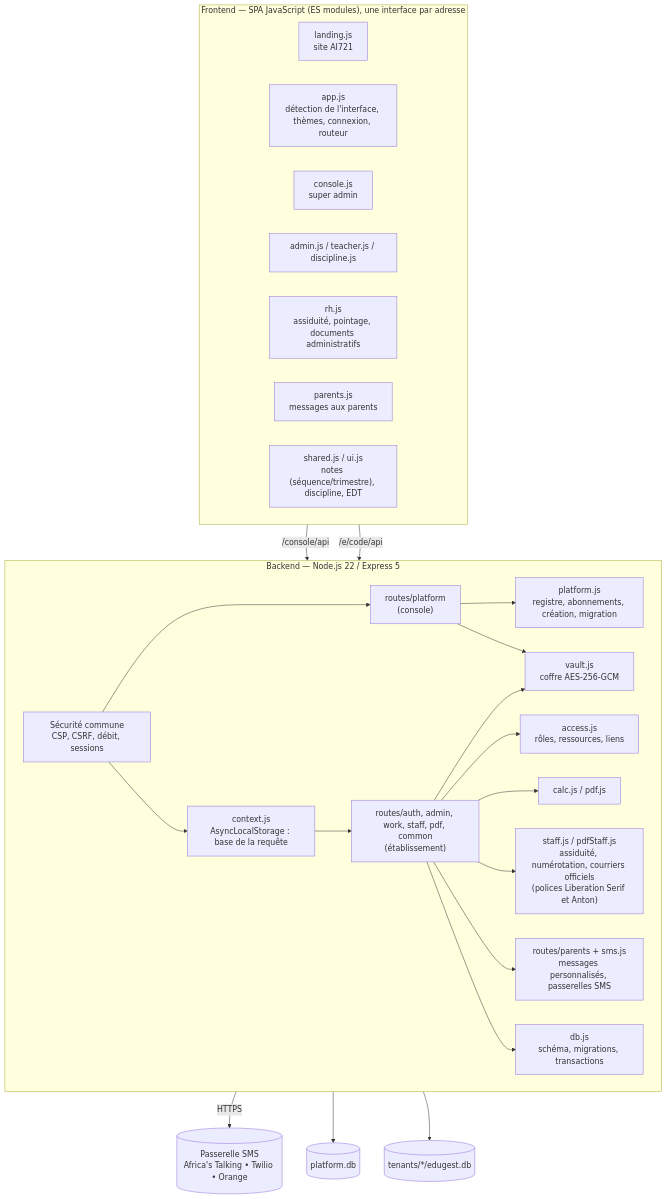
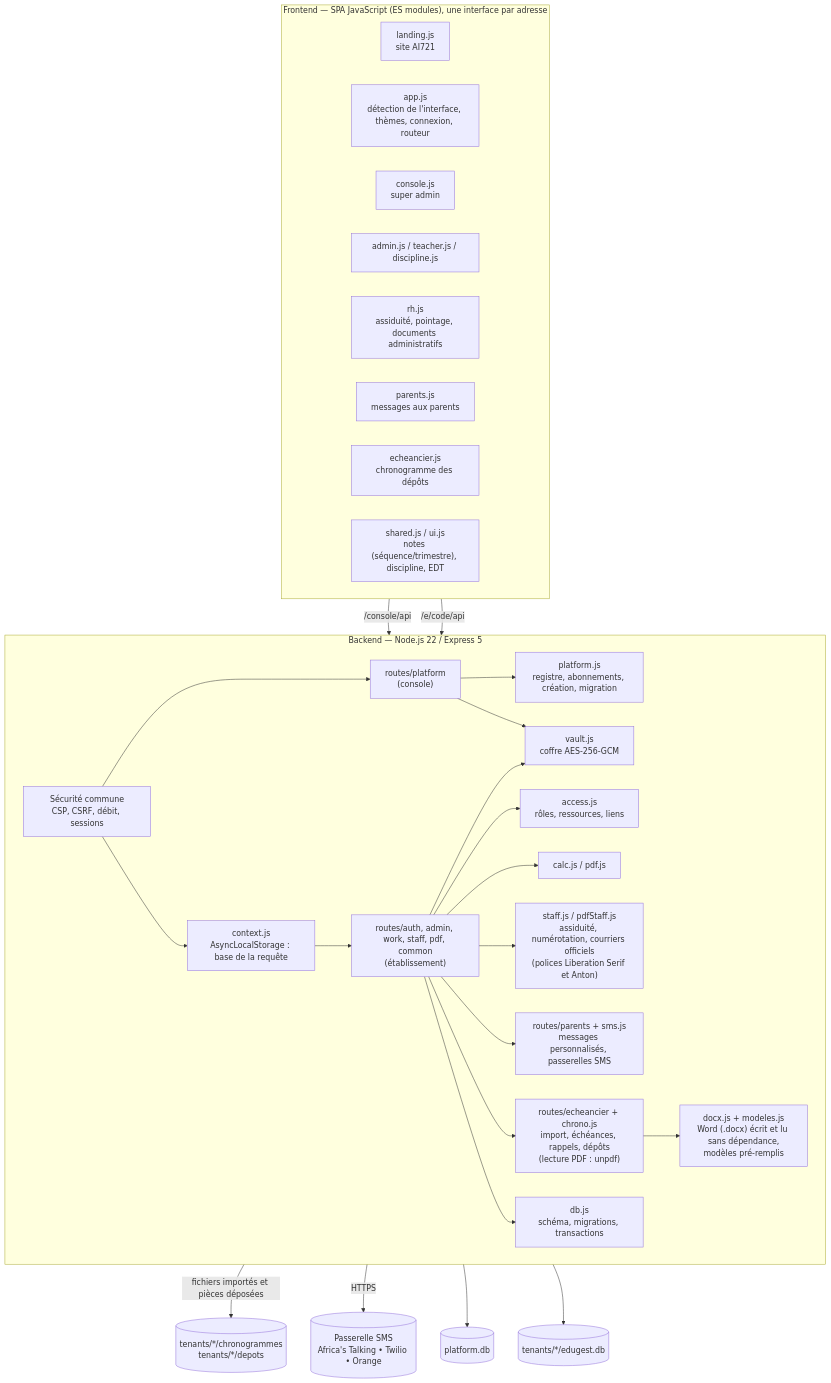
The diagram in docs/uml/10_architecture.mmd (ANDJE30/MY_WORLD), drawn with Mermaid before and after one commit. The commit also changed 105 other files, not shown here.

```diff
--- a/docs/uml/10_architecture.mmd
+++ b/docs/uml/10_architecture.mmd
@@ -1,37 +1,42 @@
 flowchart TB
   subgraph FRONT["Frontend — SPA JavaScript (ES modules), une interface par adresse"]
     direction LR
     F0["landing.js<br/>site AI721"]
     F1["app.js<br/>détection de l'interface, thèmes, connexion, routeur"]
     F2["console.js<br/>super admin"]
     F3["admin.js / teacher.js / discipline.js"]
     F5["rh.js<br/>assiduité, pointage, documents administratifs"]
     F6["parents.js<br/>messages aux parents"]
+    F7["echeancier.js<br/>chronogramme des dépôts"]
     F4["shared.js / ui.js<br/>notes (séquence/trimestre), discipline, EDT"]
   end
   subgraph BACK["Backend — Node.js 22 / Express 5"]
     direction LR
     M["Sécurité commune<br/>CSP, CSRF, débit, sessions"]
     PL["platform.js<br/>registre, abonnements, création, migration"]
     CX["context.js<br/>AsyncLocalStorage : base de la requête"]
     RC["routes/platform<br/>(console)"]
     RT["routes/auth, admin, work, staff, pdf, common<br/>(établissement)"]
     ST["staff.js / pdfStaff.js<br/>assiduité, numérotation, courriers officiels<br/>(polices Liberation Serif et Anton)"]
     SM["routes/parents + sms.js<br/>messages personnalisés, passerelles SMS"]
+    EC["routes/echeancier + chrono.js<br/>import, échéances, rappels, dépôts<br/>(lecture PDF : unpdf)"]
+    WD["docx.js + modeles.js<br/>Word (.docx) écrit et lu sans dépendance,<br/>modèles pré-remplis"]
     AC["access.js<br/>rôles, ressources, liens"]
     V["vault.js<br/>coffre AES-256-GCM"]
     C["calc.js / pdf.js"]
     D["db.js<br/>schéma, migrations, transactions"]
   end
   PDB[("platform.db")]
   TDB[("tenants/*/edugest.db")]
   FRONT -- "/console/api" --> M
   FRONT -- "/e/code/api" --> M
   M --> RC & CX
   CX --> RT
   RC --> PL & V
-  RT --> AC & C & V & ST & SM
+  RT --> AC & C & V & ST & SM & EC
+  EC --> WD
+  EC -- "fichiers importés et pièces déposées" --> FS[("tenants/*/chronogrammes<br/>tenants/*/depots")]
   SM -- "HTTPS" --> GW[("Passerelle SMS<br/>Africa's Talking • Twilio • Orange")]
   PL --> PDB
   D --> TDB
   RT --> D
```
